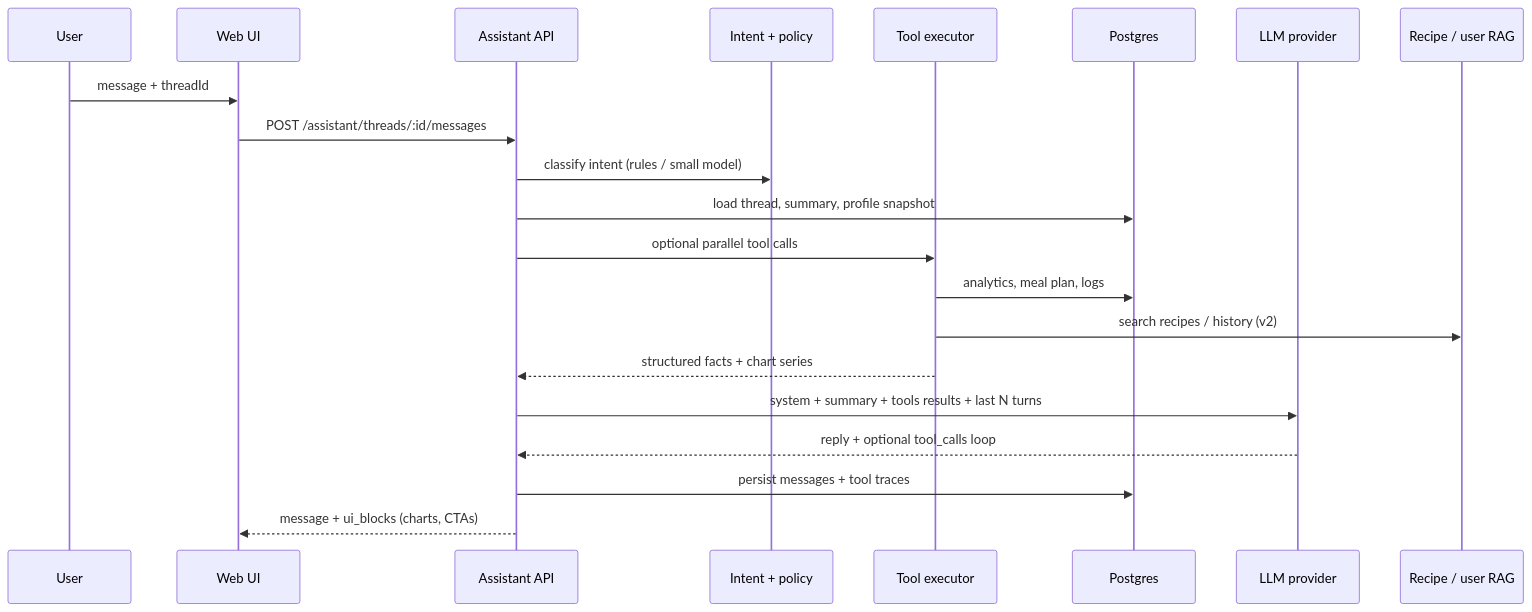
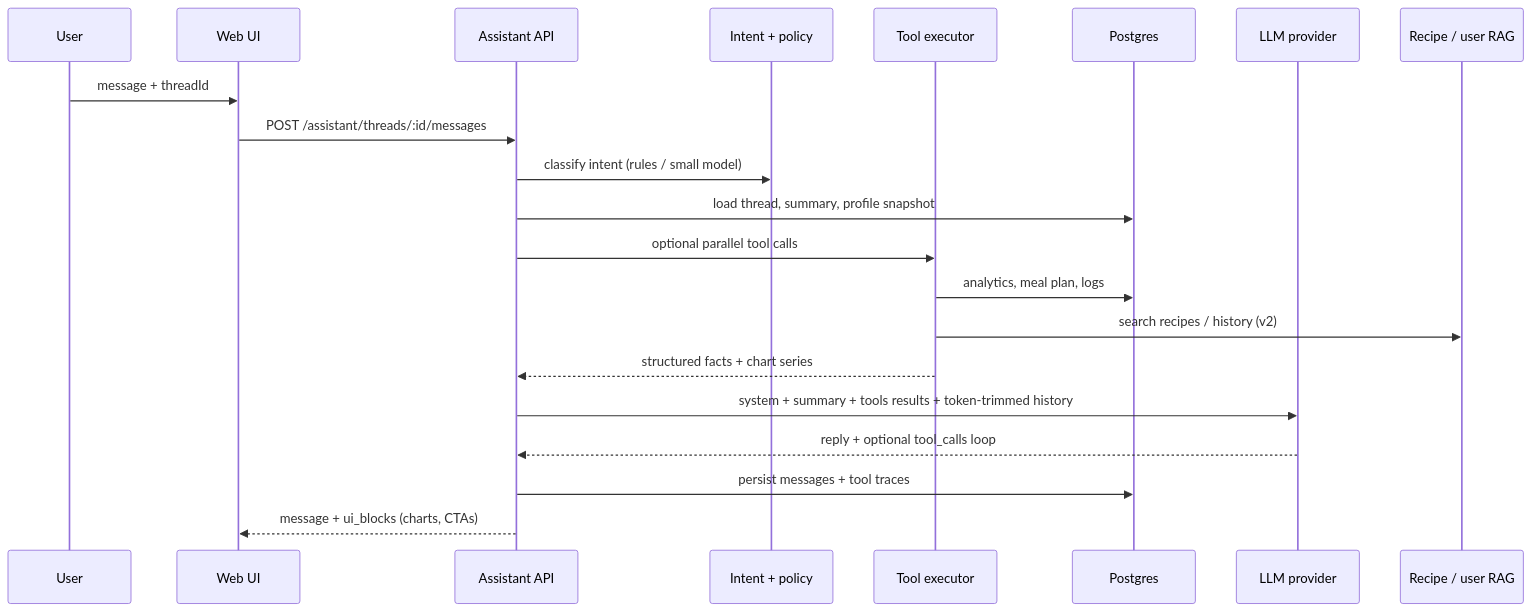
The diagram in docs/ARCHITECTURE.md (AlluFI/AI-assistant), drawn with Mermaid before and after one commit. The commit also changed other lines of this file and 25 other files, not shown here.

First line of the commit message:
Add token-aware Wingman context, History UI, and sync docs.

````diff
--- a/docs/ARCHITECTURE.md
+++ b/docs/ARCHITECTURE.md
@@ -5,24 +5,24 @@
 ```mermaid
 sequenceDiagram
   participant User
   participant Web as Web UI
   participant API as Assistant API
   participant Router as Intent + policy
   participant Tools as Tool executor
   participant DB as Postgres
   participant LLM as LLM provider
   participant RAG as Recipe / user RAG
 
   User->>Web: message + threadId
   Web->>API: POST /assistant/threads/:id/messages
   API->>Router: classify intent (rules / small model)
   API->>DB: load thread, summary, profile snapshot
   API->>Tools: optional parallel tool calls
   Tools->>DB: analytics, meal plan, logs
   Tools->>RAG: search recipes / history (v2)
   Tools-->>API: structured facts + chart series
-  API->>LLM: system + summary + tools results + last N turns
+  API->>LLM: system + summary + tools results + token-trimmed history
   LLM-->>API: reply + optional tool_calls loop
   API->>DB: persist messages + tool traces
   API-->>Web: message + ui_blocks (charts, CTAs)
 ```
````
